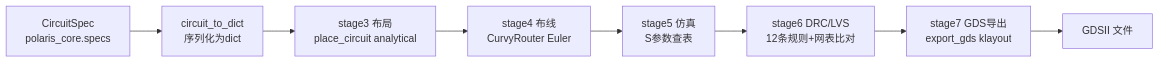
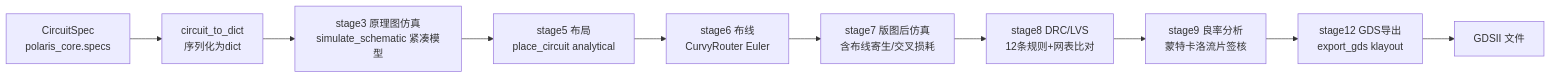
The second of 9 diagrams in docs/architecture_overview.md (daheix/ai-LightRounting), drawn with Mermaid before and after one commit. The commit also changed other lines of this file and 23 other files, not shown here.

````diff
--- a/docs/architecture_overview.md
+++ b/docs/architecture_overview.md
@@ -164,10 +166,12 @@
 ```mermaid
 flowchart LR
     A[CircuitSpec<br/>polaris_core.specs] --> B[circuit_to_dict<br/>序列化为dict]
-    B --> C[stage3 布局<br/>place_circuit analytical]
-    C --> D[stage4 布线<br/>CurvyRouter Euler]
-    D --> E[stage5 仿真<br/>S参数查表]
-    E --> F[stage6 DRC/LVS<br/>12条规则+网表比对]
-    F --> G[stage7 GDS导出<br/>export_gds klayout]
-    G --> H[GDSII 文件]
+    B --> C[stage3 原理图仿真<br/>simulate_schematic 紧凑模型]
+    C --> D[stage5 布局<br/>place_circuit analytical]
+    D --> E[stage6 布线<br/>CurvyRouter Euler]
+    E --> F[stage7 版图后仿真<br/>含布线寄生/交叉损耗]
+    F --> G[stage8 DRC/LVS<br/>12条规则+网表比对]
+    G --> H[stage9 良率分析<br/>蒙特卡洛流片签核]
+    H --> I[stage12 GDS导出<br/>export_gds klayout]
+    I --> J[GDSII 文件]
 ```
````
